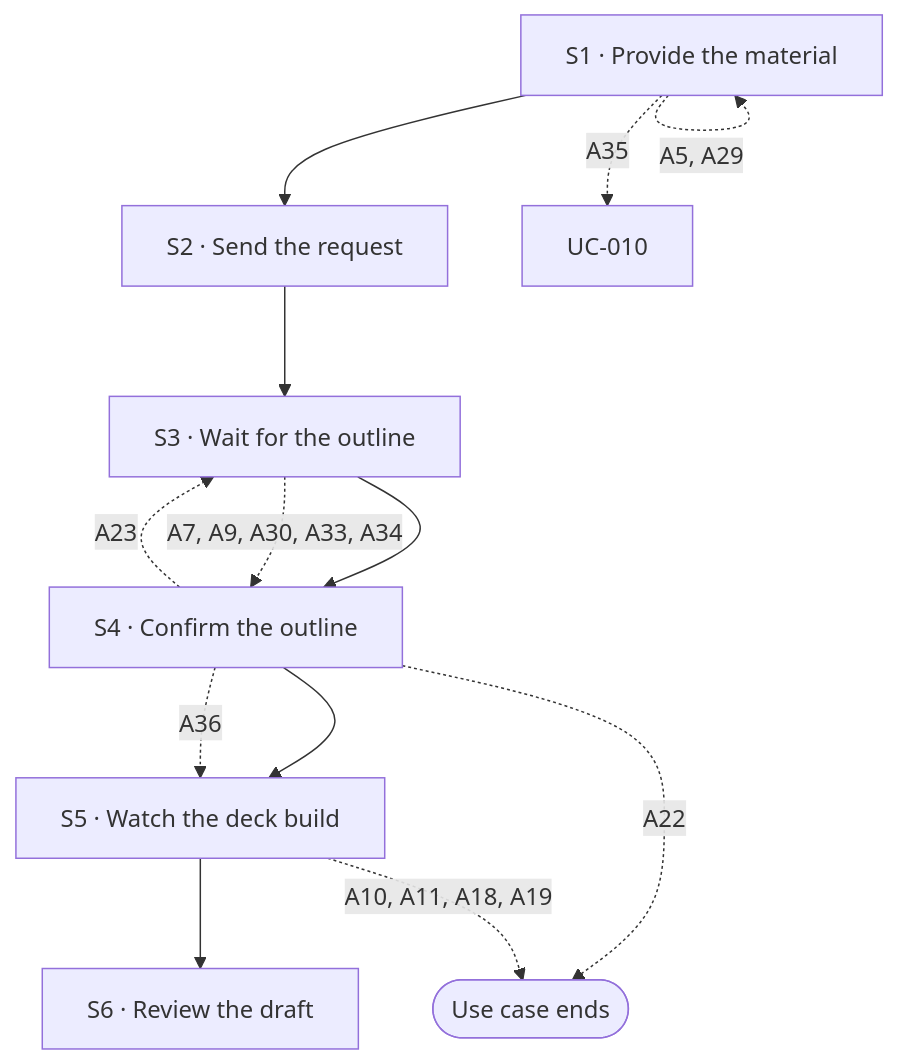
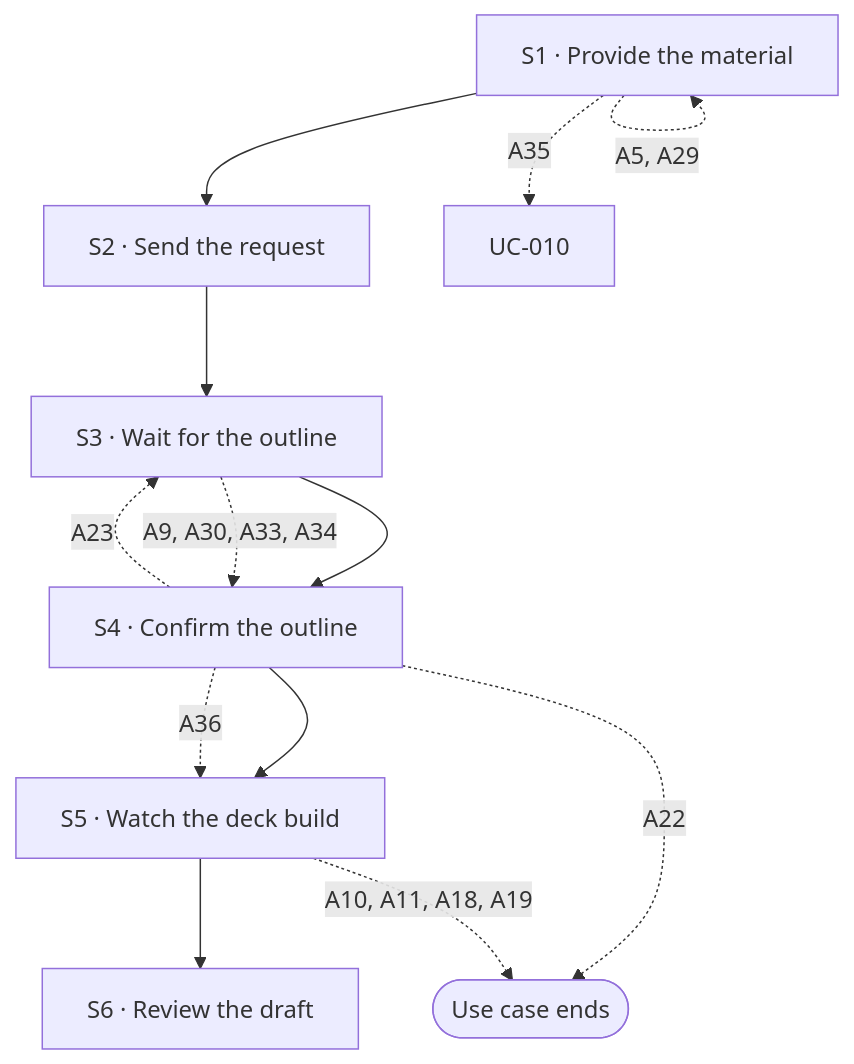
One commit to Luke23127006/DeckAgent changed the diagram in docs/spec/03-use-cases/UC-001.md. Above: the diagram before and after it, drawn with Mermaid. The commit also changed other lines of this file and 4 other files, not shown here.

Commit message:
docs(spec): align use case flows with V1 product decisions

````diff
--- a/docs/spec/03-use-cases/UC-001.md
+++ b/docs/spec/03-use-cases/UC-001.md
@@ -15,19 +15,19 @@
 ```mermaid
 flowchart TD
   S1["S1 · Provide the material"]
   S2["S2 · Send the request"]
   S3["S3 · Wait for the outline"]
   S4["S4 · Confirm the outline"]
   S5["S5 · Watch the deck build"]
   S6["S6 · Review the draft"]
   DONE(["Use case ends"])
   UC010["UC-010"]
   S1 --> S2 --> S3 --> S4 --> S5 --> S6
   S1 -.->|"A5, A29"| S1
   S1 -.->|"A35"| UC010
-  S3 -.->|"A7, A9, A30, A33, A34"| S4
+  S3 -.->|"A9, A30, A33, A34"| S4
   S4 -.->|"A22"| DONE
   S4 -.->|"A23"| S3
   S4 -.->|"A36"| S5
   S5 -.->|"A10, A11, A18, A19"| DONE
 ```
````
